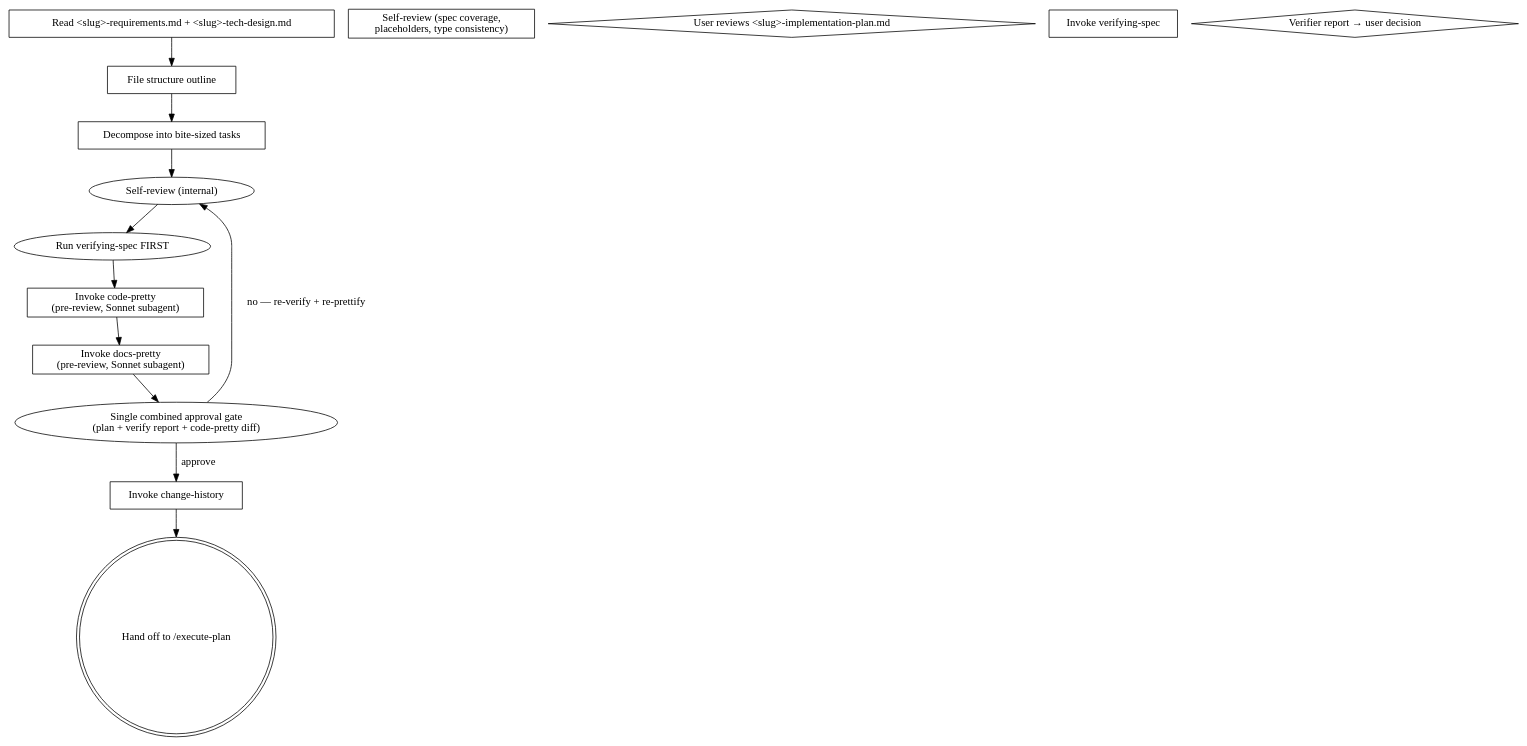
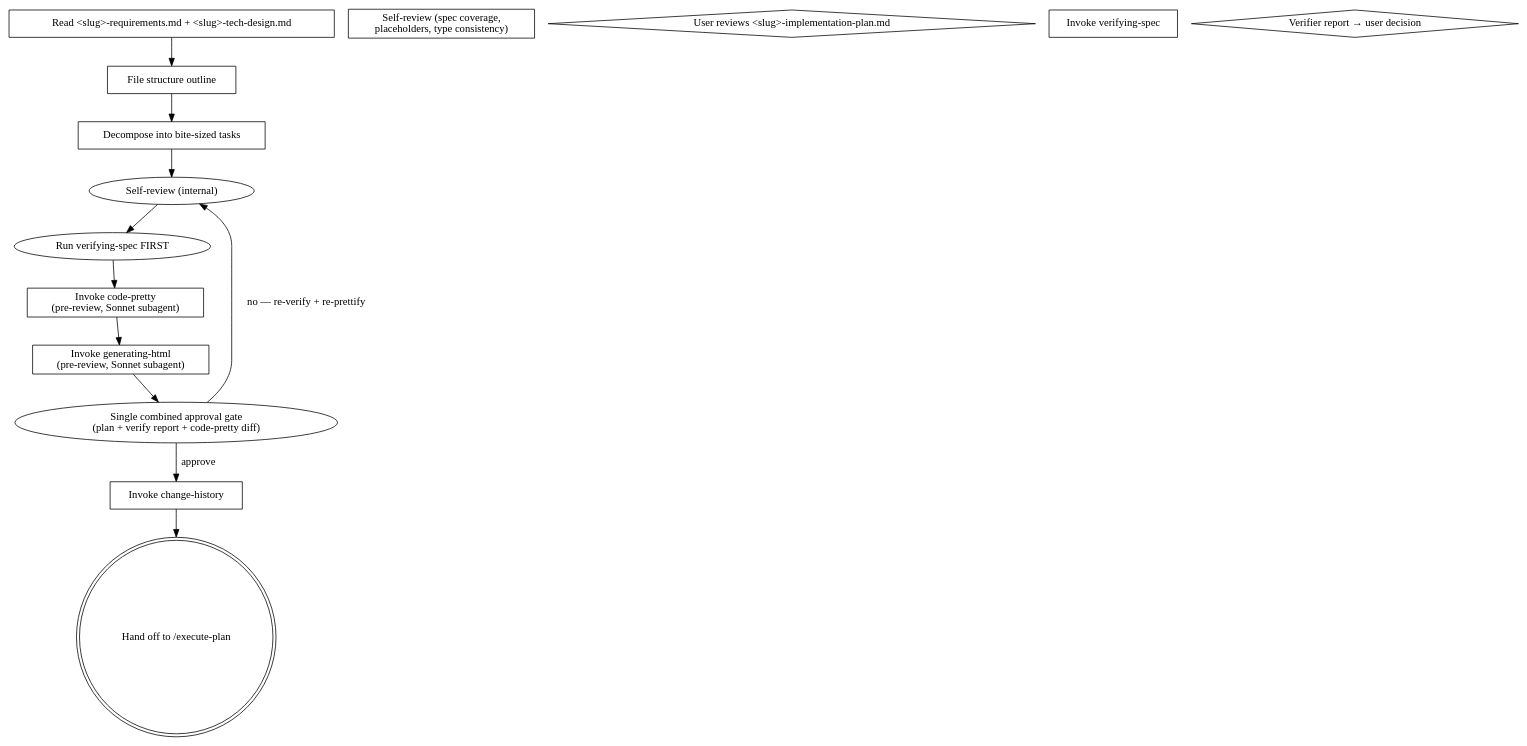
One commit to deokjinlog/intent-locked-workflow changed the diagram in skills/writing-plans/SKILL.md. Above: the diagram before and after it, drawn with Graphviz. The commit also changed other lines of this file and 12 other files, not shown here.

First line of the commit message:
refactor(v2.2.2): docs-pretty / regen-html 단어 일괄 교체 — 13 파일 (task 4)

````diff
--- a/skills/writing-plans/SKILL.md
+++ b/skills/writing-plans/SKILL.md
@@ -252,26 +252,26 @@
 ```dot
 digraph plan_flow {
     "Read <slug>-requirements.md + <slug>-tech-design.md" [shape=box];
     "File structure outline" [shape=box];
     "Decompose into bite-sized tasks" [shape=box];
     "Self-review (spec coverage,\n placeholders, type consistency)" [shape=box];
     "User reviews <slug>-implementation-plan.md" [shape=diamond];
     "Invoke verifying-spec" [shape=box];
     "Verifier report → user decision" [shape=diamond];
     "Invoke code-pretty\n(pre-review, Sonnet subagent)" [shape=box];
-    "Invoke docs-pretty\n(pre-review, Sonnet subagent)" [shape=box];
+    "Invoke generating-html\n(pre-review, Sonnet subagent)" [shape=box];
     "Invoke change-history" [shape=box];
     "Hand off to /execute-plan" [shape=doublecircle];
 
     "Read <slug>-requirements.md + <slug>-tech-design.md" -> "File structure outline";
     "File structure outline" -> "Decompose into bite-sized tasks";
     "Decompose into bite-sized tasks" -> "Self-review (internal)";
     "Self-review (internal)" -> "Run verifying-spec FIRST";
     "Run verifying-spec FIRST" -> "Invoke code-pretty\n(pre-review, Sonnet subagent)";
-    "Invoke code-pretty\n(pre-review, Sonnet subagent)" -> "Invoke docs-pretty\n(pre-review, Sonnet subagent)";
-    "Invoke docs-pretty\n(pre-review, Sonnet subagent)" -> "Single combined approval gate\n(plan + verify report + code-pretty diff)";
+    "Invoke code-pretty\n(pre-review, Sonnet subagent)" -> "Invoke generating-html\n(pre-review, Sonnet subagent)";
+    "Invoke generating-html\n(pre-review, Sonnet subagent)" -> "Single combined approval gate\n(plan + verify report + code-pretty diff)";
     "Single combined approval gate\n(plan + verify report + code-pretty diff)" -> "Self-review (internal)" [label="no — re-verify + re-prettify"];
     "Single combined approval gate\n(plan + verify report + code-pretty diff)" -> "Invoke change-history" [label="approve"];
     "Invoke change-history" -> "Hand off to /execute-plan";
 }
 ```
````
